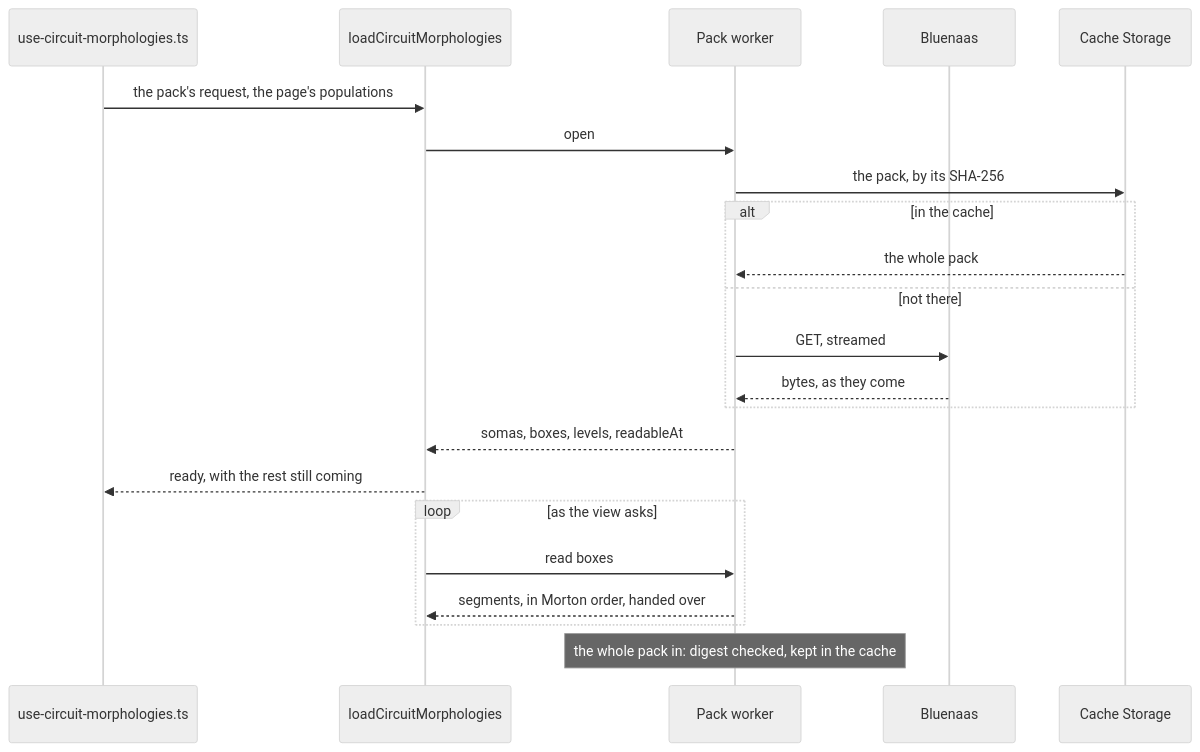
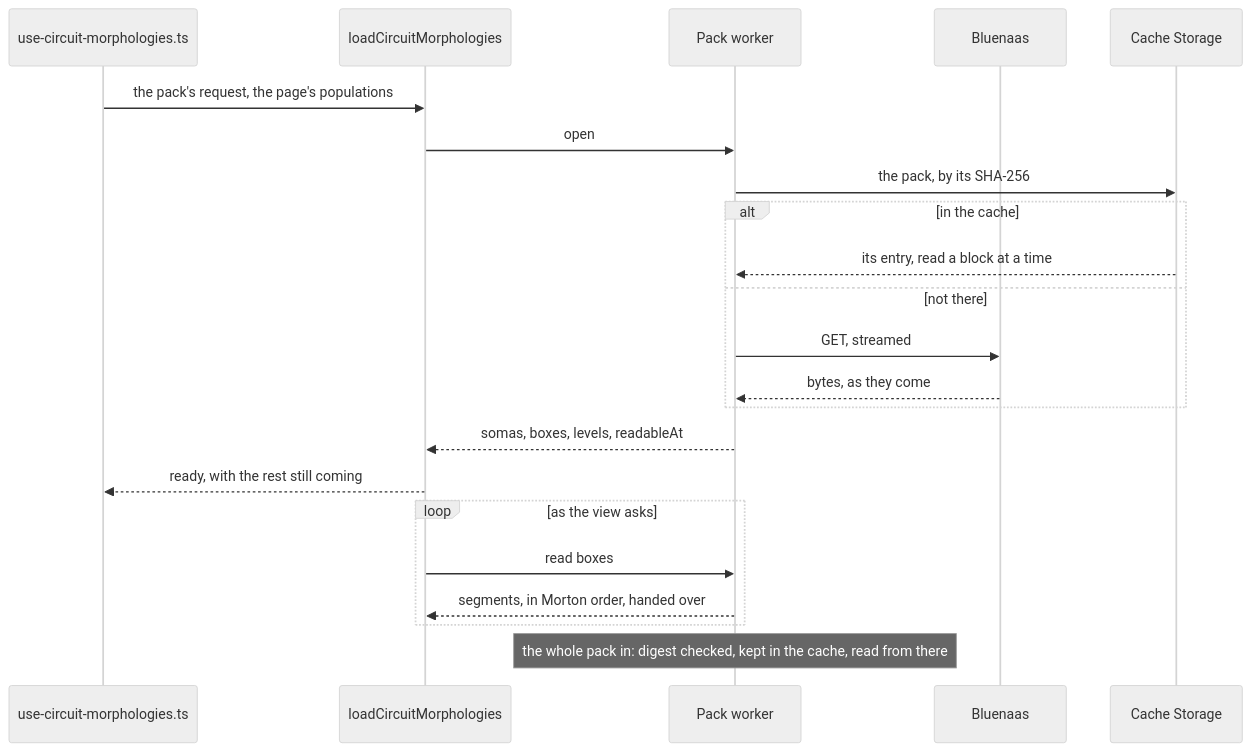
Before and after one commit to openbraininstitute/core-web-app: the diagram in src/features/circuit-viewer/morphologies/load/README.md, drawn with Mermaid (neutral theme). The commit also changed other lines of this file and 18 other files, not shown here.

````diff
--- a/src/features/circuit-viewer/morphologies/load/README.md
+++ b/src/features/circuit-viewer/morphologies/load/README.md
@@ -9,25 +9,25 @@
 ```mermaid
 sequenceDiagram
   participant Hook as use-circuit-morphologies.ts
   participant Load as loadCircuitMorphologies
   participant W as Pack worker
   participant Net as Bluenaas
   participant Cache as Cache Storage
 
   Hook->>Load: the pack's request, the page's populations
   Load->>W: open
   W->>Cache: the pack, by its SHA-256
   alt in the cache
-    Cache-->>W: the whole pack
+    Cache-->>W: its entry, read a block at a time
   else not there
     W->>Net: GET, streamed
     Net-->>W: bytes, as they come
   end
   W-->>Load: somas, boxes, levels, readableAt
   Load-->>Hook: ready, with the rest still coming
   loop as the view asks
     Load->>W: read boxes
     W-->>Load: segments, in Morton order, handed over
   end
-  Note over W: the whole pack in: digest checked, kept in the cache
+  Note over W: the whole pack in: digest checked, kept in the cache, read from there
 ```
````
